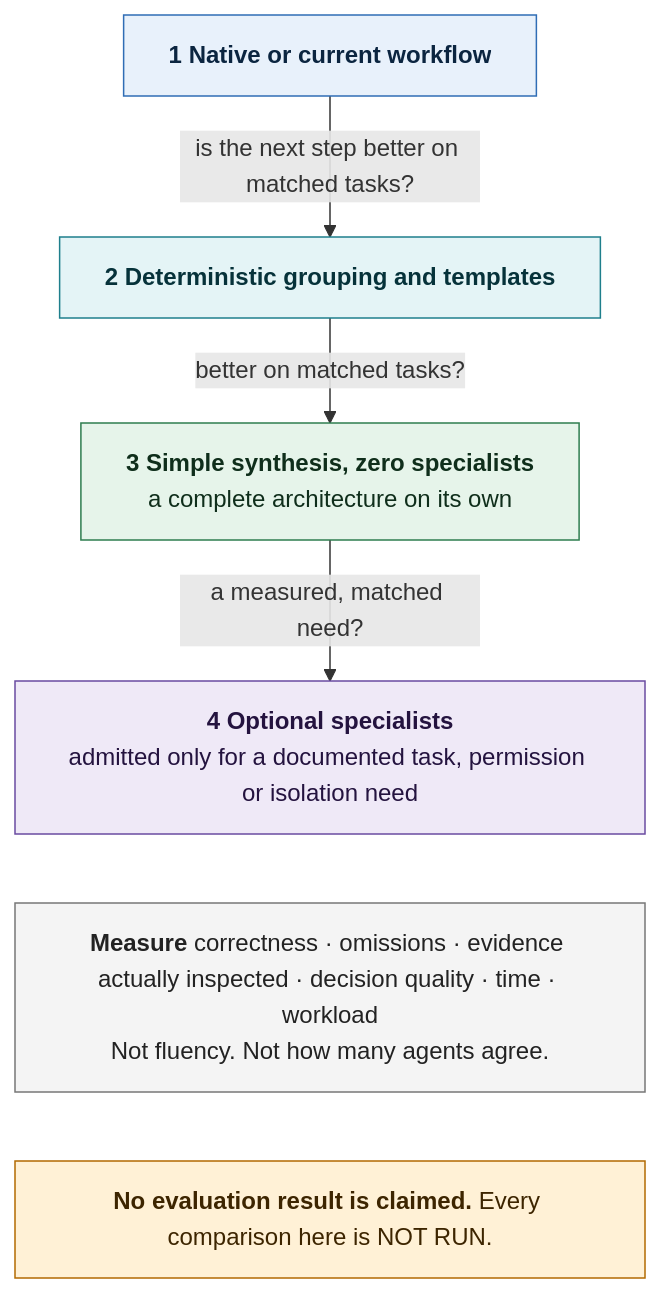
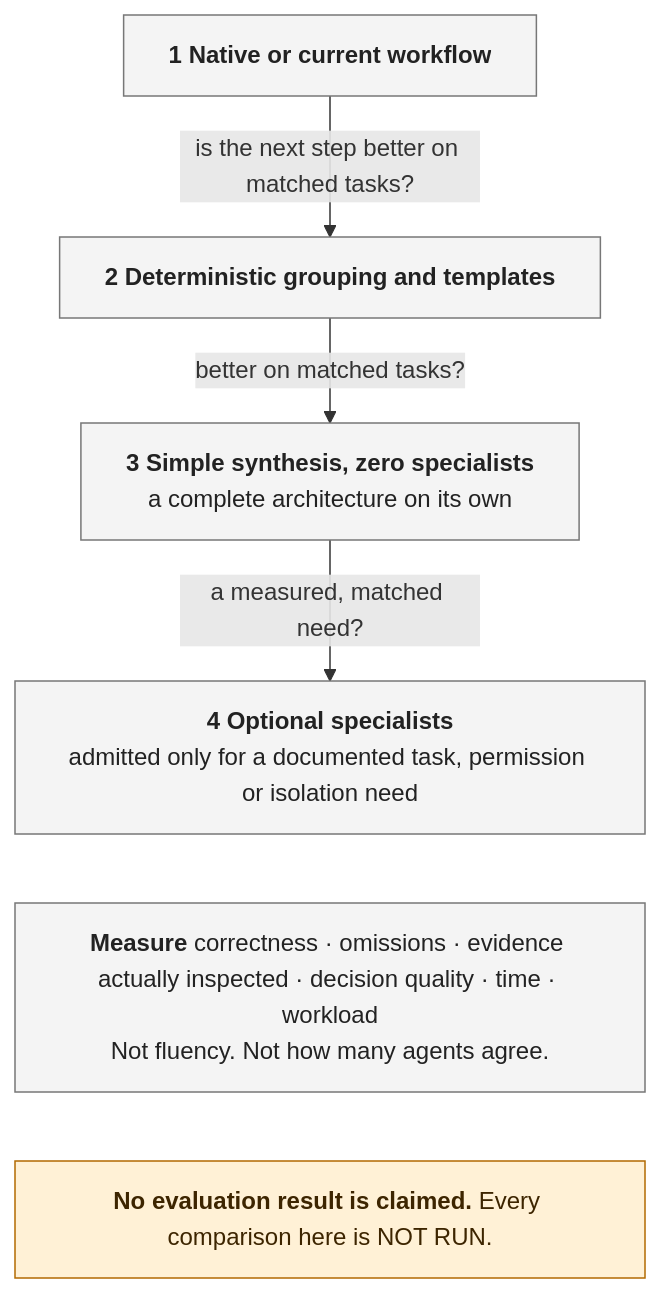
Before and after one commit to andygeorgi/evidence-at-human-scale: the diagram in figures/src/F08.mmd, drawn with Mermaid. The commit also changed 45 other files, not shown here.

```diff
--- a/figures/src/F08.mmd
+++ b/figures/src/F08.mmd
@@ -1,21 +1,21 @@
 %%{init: {"flowchart": {"wrappingWidth": 360, "htmlLabels": true, "nodeSpacing": 30, "rankSpacing": 46}}}%%
 flowchart TB
     accTitle: Complexity must earn its place against simpler baselines
     accDescr: Four steps, each compared with the one before on matched tasks. First the native or current workflow, then deterministic grouping and templates, then simple synthesis with zero specialists, and only then optional specialists, which are justified only by a measured, matched need for permission or isolation. The measures are correctness, omissions, evidence actually inspected, decision quality, time and workload, not fluency or how many agents agree. No evaluation result is claimed: all of this is not run.
-    B1["<b>1 Native or current workflow</b>"]:::src
-    B2["<b>2 Deterministic grouping and templates</b>"]:::sel
-    B3["<b>3 Simple synthesis, zero specialists</b><br/>a complete architecture on its own"]:::pkt
-    B4["<b>4 Optional specialists</b><br/>admitted only for a documented task, permission or isolation need"]:::own
+    B1["<b>1 Native or current workflow</b>"]:::plain
+    B2["<b>2 Deterministic grouping and templates</b>"]:::plain
+    B3["<b>3 Simple synthesis, zero specialists</b><br/>a complete architecture on its own"]:::plain
+    B4["<b>4 Optional specialists</b><br/>admitted only for a documented task, permission or isolation need"]:::plain
     B1 -->|"is the next step better on matched tasks?"| B2
     B2 -->|"better on matched tasks?"| B3
     B3 -->|"a measured, matched need?"| B4
     M["<b>Measure</b> correctness · omissions · evidence actually inspected · decision quality · time · workload<br/>Not fluency. Not how many agents agree."]:::plain
     N["<b>No evaluation result is claimed.</b> Every comparison here is NOT RUN."]:::warn
     B4 ~~~ M
     M ~~~ N
     classDef src fill:#E8F1FB,stroke:#2F6DB5,color:#0B2540
     classDef sel fill:#E4F4F6,stroke:#1E7F8C,color:#06323A
     classDef pkt fill:#E6F4EA,stroke:#2E7D4F,color:#0F2E1B
     classDef own fill:#EFE9F7,stroke:#6A4BA1,color:#24133F
     classDef warn fill:#FFF1D6,stroke:#B26A00,color:#3D2500
     classDef plain fill:#F4F4F4,stroke:#777777,color:#222222
```
